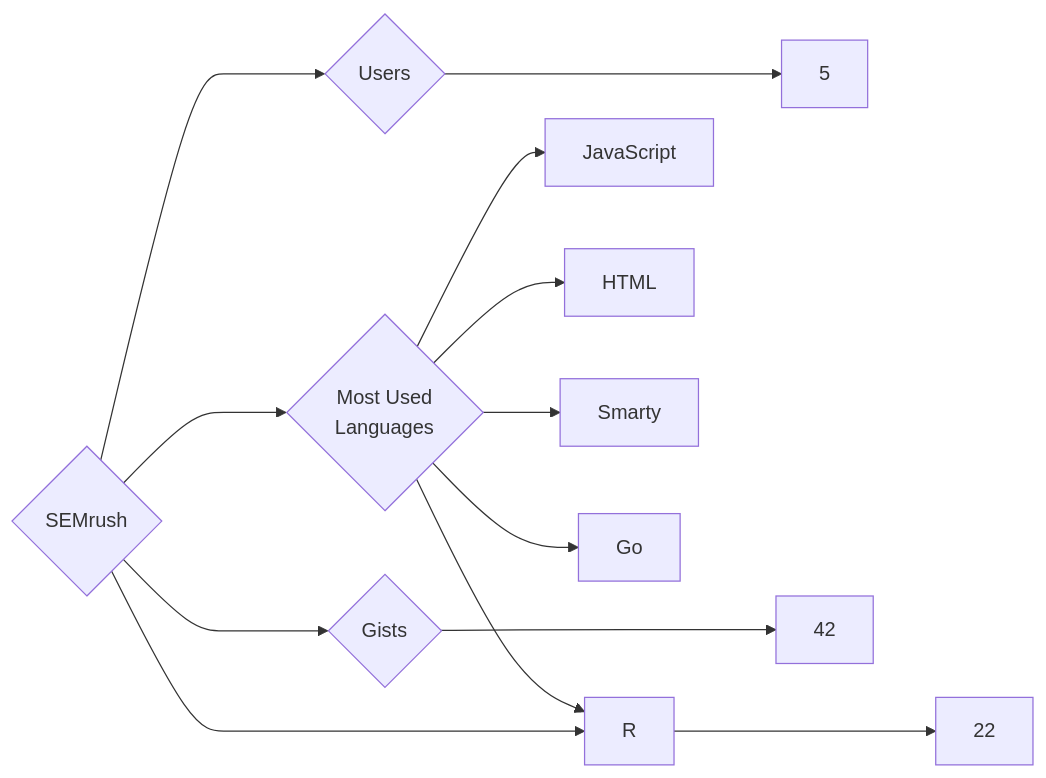
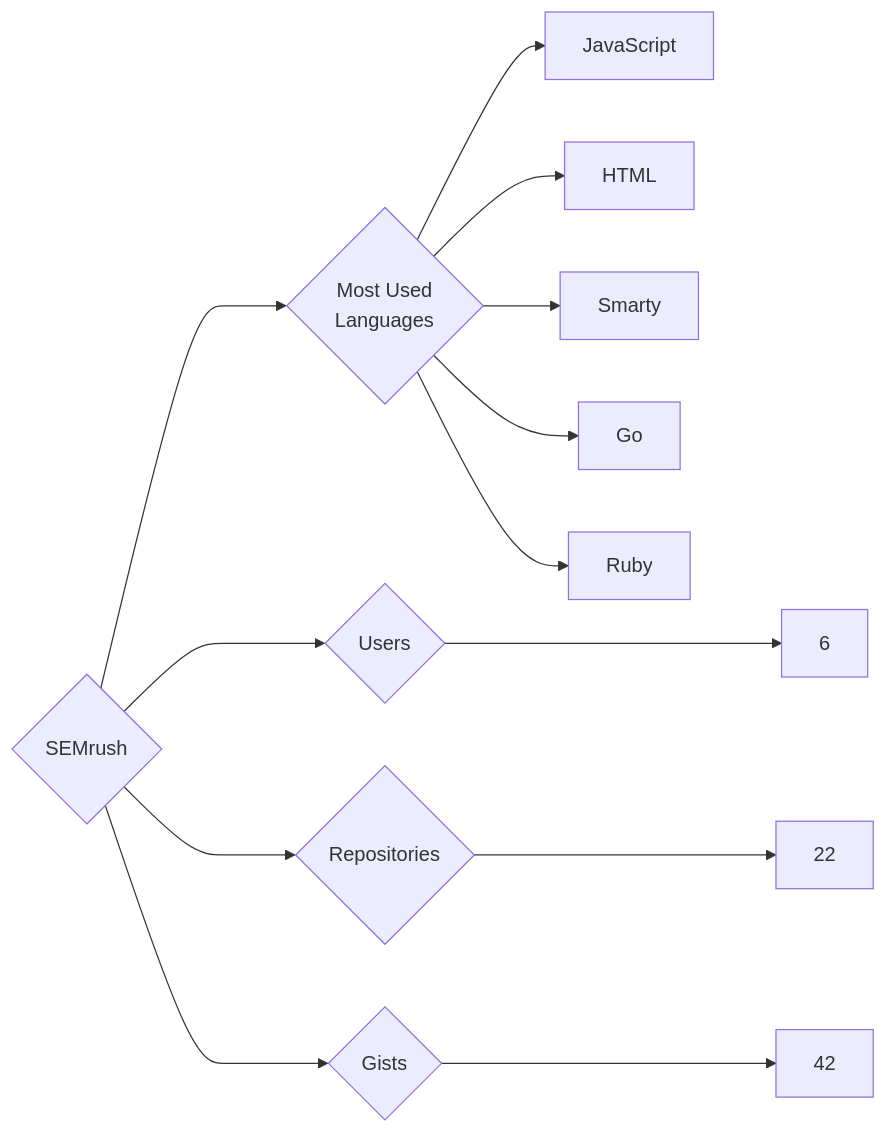
Before and after one commit to trickest/insiders: the diagram in targets/SEMrush/README.md, drawn with Mermaid. The commit also changed 1479 other files, not shown here.

````diff
--- a/targets/SEMrush/README.md
+++ b/targets/SEMrush/README.md
@@ -3,13 +3,13 @@
 ```mermaid
 graph LR
 COMPANY_NAME{SEMrush}
-COMPANY_NAME ---> U{Users} ---> UN[5]
+COMPANY_NAME ---> U{Users} ---> UN[6]
 COMPANY_NAME ---> R{Repositories} ---> RN[22]
 COMPANY_NAME ---> G{Gists} ---> GN[42]
 COMPANY_NAME ---> ML{Most Used<br>Languages}
 ML --> JavaScript[JavaScript]
 ML --> HTML[HTML]
 ML --> Smarty[Smarty]
 ML --> Go[Go]
-ML --> R[R]
+ML --> Ruby[Ruby]
 ```
````
